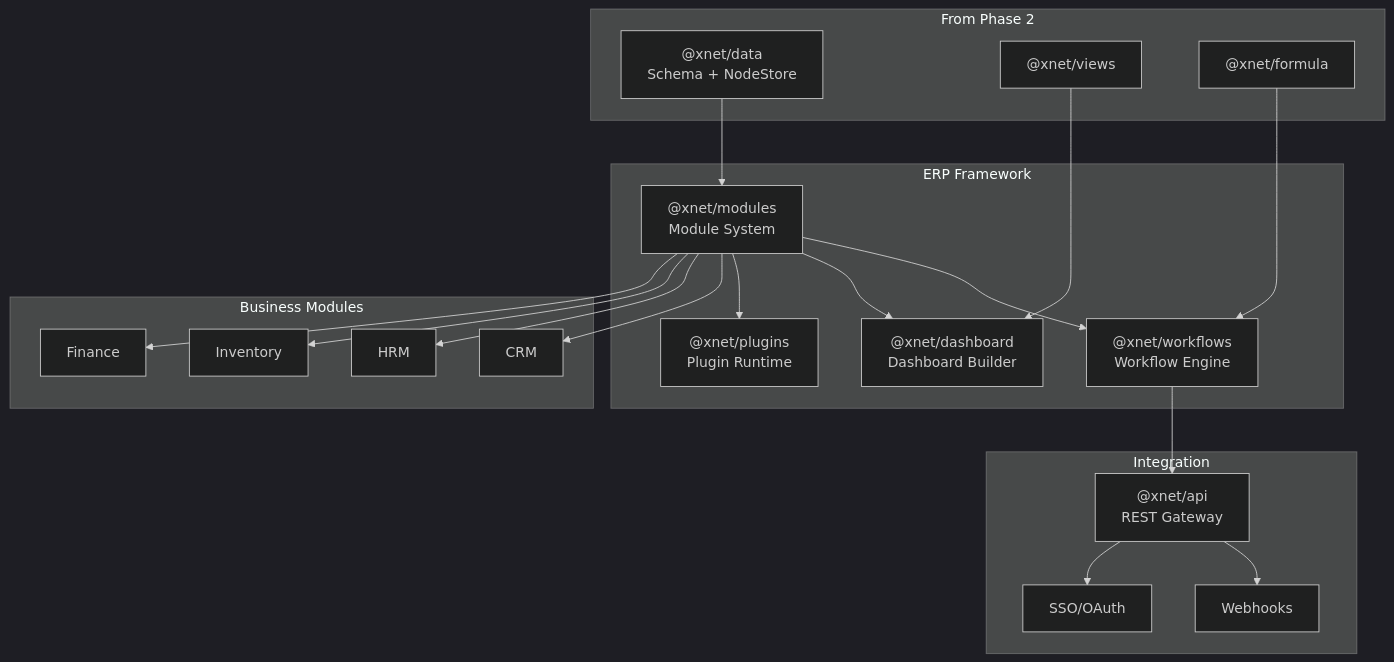
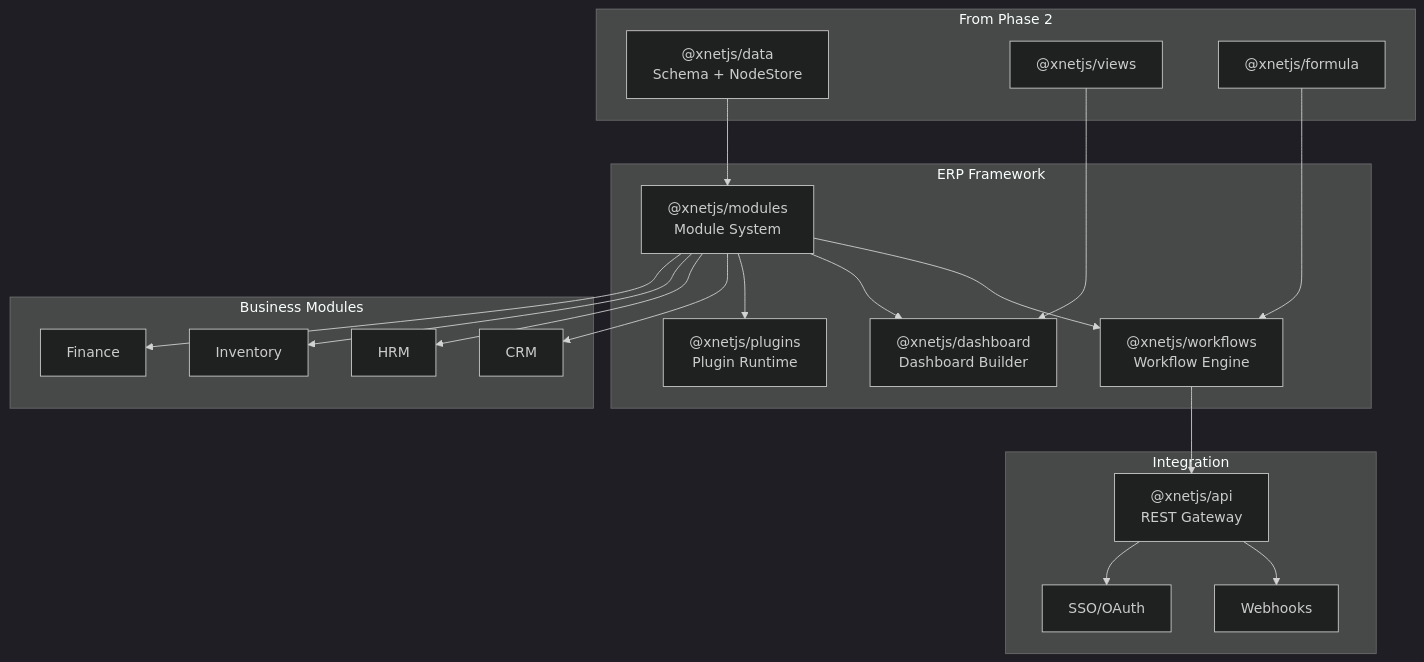
The diagram in docs/plans/plan03ERP/README.md (crs48/xNet), drawn with Mermaid (dark theme) before and after one commit. The commit also changed other lines of this file and 980 other files, not shown here.

````diff
--- a/docs/plans/plan03ERP/README.md
+++ b/docs/plans/plan03ERP/README.md
@@ -145,44 +145,44 @@
 ```mermaid
 flowchart TD
     subgraph "ERP Framework"
-        MODULES["@xnet/modules<br/>Module System"]
-        WORKFLOWS["@xnet/workflows<br/>Workflow Engine"]
-        DASHBOARD["@xnet/dashboard<br/>Dashboard Builder"]
-        PLUGINS["@xnet/plugins<br/>Plugin Runtime"]
+        MODULES["@xnetjs/modules<br/>Module System"]
+        WORKFLOWS["@xnetjs/workflows<br/>Workflow Engine"]
+        DASHBOARD["@xnetjs/dashboard<br/>Dashboard Builder"]
+        PLUGINS["@xnetjs/plugins<br/>Plugin Runtime"]
     end
 
     subgraph "Business Modules"
         CRM["CRM"]
         HRM["HRM"]
         INV["Inventory"]
         FIN["Finance"]
     end
 
     subgraph "Integration"
-        API["@xnet/api<br/>REST Gateway"]
+        API["@xnetjs/api<br/>REST Gateway"]
         WEBHOOKS["Webhooks"]
         SSO["SSO/OAuth"]
     end
 
     subgraph "From Phase 2"
-        DATA["@xnet/data<br/>Schema + NodeStore"]
-        VIEWS["@xnet/views"]
-        FORMULA["@xnet/formula"]
+        DATA["@xnetjs/data<br/>Schema + NodeStore"]
+        VIEWS["@xnetjs/views"]
+        FORMULA["@xnetjs/formula"]
     end
 
     DATA --> MODULES
     VIEWS --> DASHBOARD
     FORMULA --> WORKFLOWS
 
     MODULES --> WORKFLOWS
     MODULES --> DASHBOARD
     MODULES --> PLUGINS
     MODULES --> CRM
     MODULES --> HRM
     MODULES --> INV
     MODULES --> FIN
 
     WORKFLOWS --> API
     API --> WEBHOOKS
     API --> SSO
 ```
````
